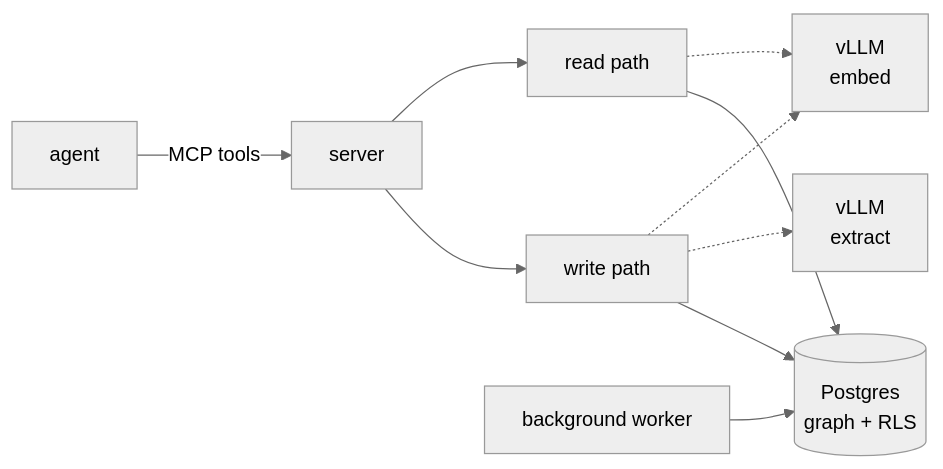
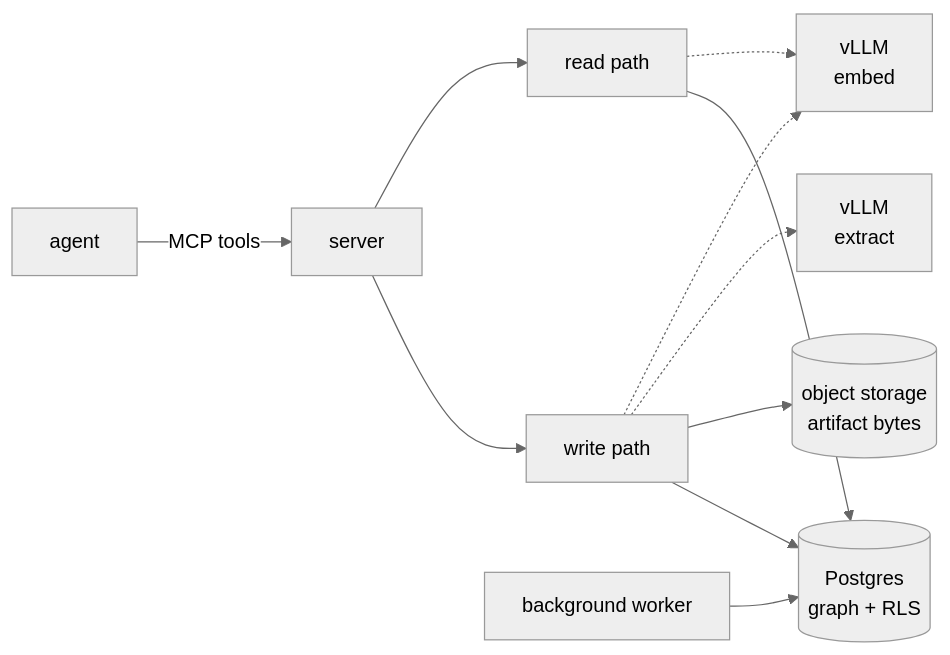
The diagram in docs/engine/index.md (phvv-me/aizk), drawn with Mermaid (neutral theme) before and after one commit. The commit also changed other lines of this file and 394 other files, not shown here.

````diff
--- a/docs/engine/index.md
+++ b/docs/engine/index.md
@@ -9,12 +9,13 @@
 ```mermaid
 flowchart LR
     A[agent] -->|MCP tools| S[server]
     S --> W[write path]
     S --> R[read path]
     W --> P[(Postgres<br/>graph + RLS)]
+    W --> O[(object storage<br/>artifact bytes)]
     R --> P
     B[background worker] --> P
     W -.-> V[vLLM<br/>extract]
     R -.-> K[vLLM<br/>embed]
     W -.-> K
 ```
````
